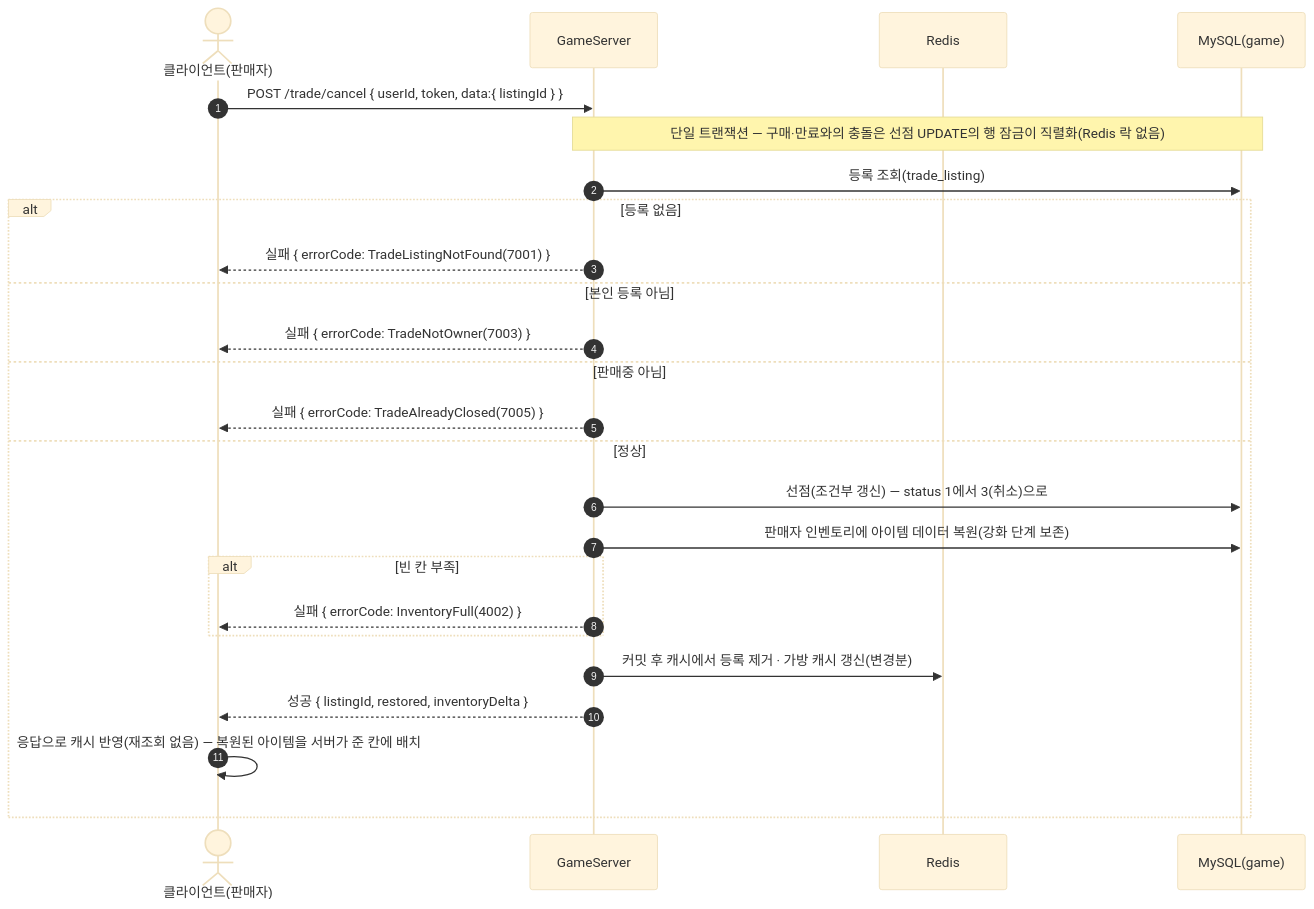
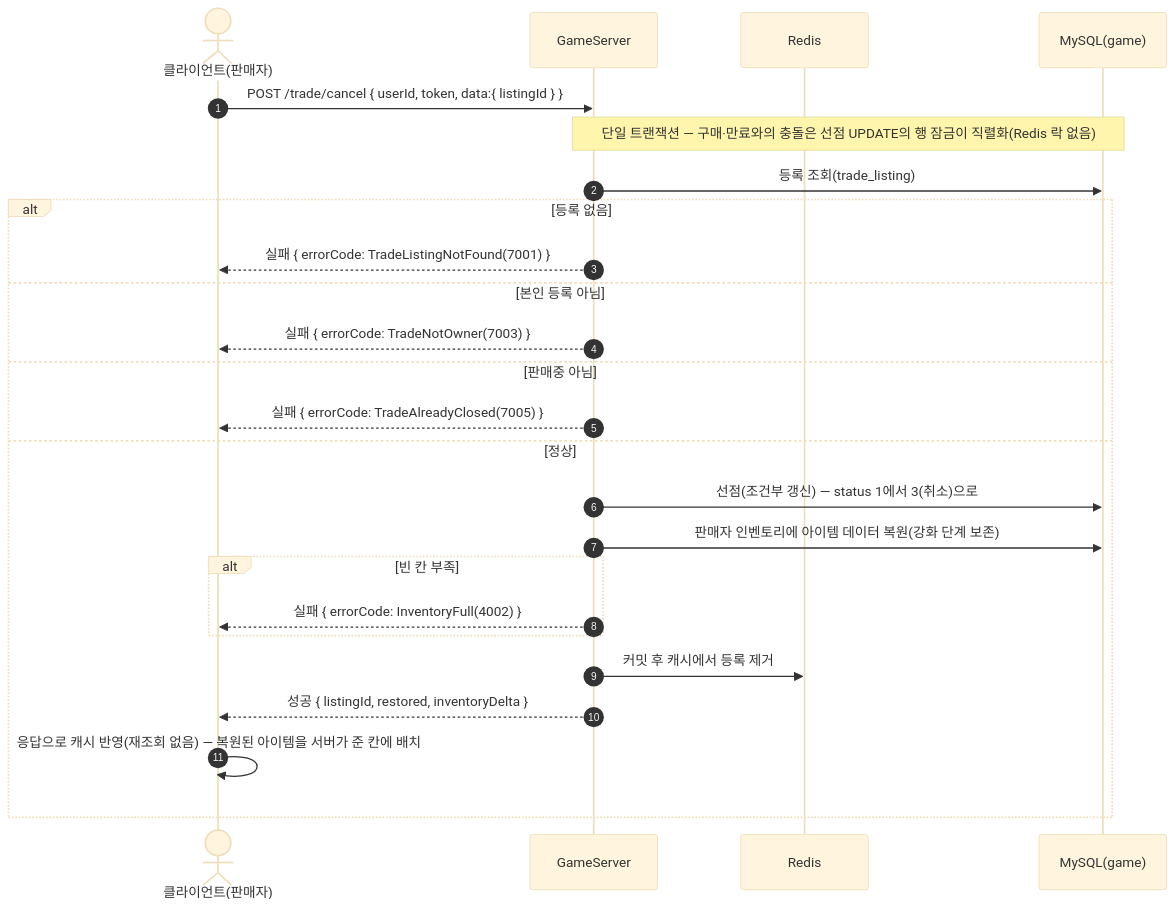
Before and after one commit to ks-wook/com2us-taskbar-hero: diagram 28 of 38 in SequenceDiagram/README.md, drawn with Mermaid (base theme). The commit also changed other lines of this file and 17 other files, not shown here.

````diff
--- a/SequenceDiagram/README.md
+++ b/SequenceDiagram/README.md
@@ -917,28 +890,28 @@
 ```mermaid
 sequenceDiagram
     autonumber
     actor C as 클라이언트(판매자)
     participant S as GameServer
     participant R as Redis
     participant DB as MySQL(game)
 
     C->>S: POST /trade/cancel { userId, token, data:{ listingId } }
     Note over S,DB: 단일 트랜잭션 — 구매·만료와의 충돌은 선점 UPDATE의 행 잠금이 직렬화(Redis 락 없음)
     S->>DB: 등록 조회(trade_listing)
     alt 등록 없음
         S-->>C: 실패 { errorCode: TradeListingNotFound(7001) }
     else 본인 등록 아님
         S-->>C: 실패 { errorCode: TradeNotOwner(7003) }
     else 판매중 아님
         S-->>C: 실패 { errorCode: TradeAlreadyClosed(7005) }
     else 정상
         S->>DB: 선점(조건부 갱신) — status 1에서 3(취소)으로
         S->>DB: 판매자 인벤토리에 아이템 데이터 복원(강화 단계 보존)
         alt 빈 칸 부족
             S-->>C: 실패 { errorCode: InventoryFull(4002) }
         end
-        S->>R: 커밋 후 캐시에서 등록 제거 · 가방 캐시 갱신(변경분)
+        S->>R: 커밋 후 캐시에서 등록 제거
         S-->>C: 성공 { listingId, restored, inventoryDelta }
         C->>C: 응답으로 캐시 반영(재조회 없음) — 복원된 아이템을 서버가 준 칸에 배치
     end
 ```
````
